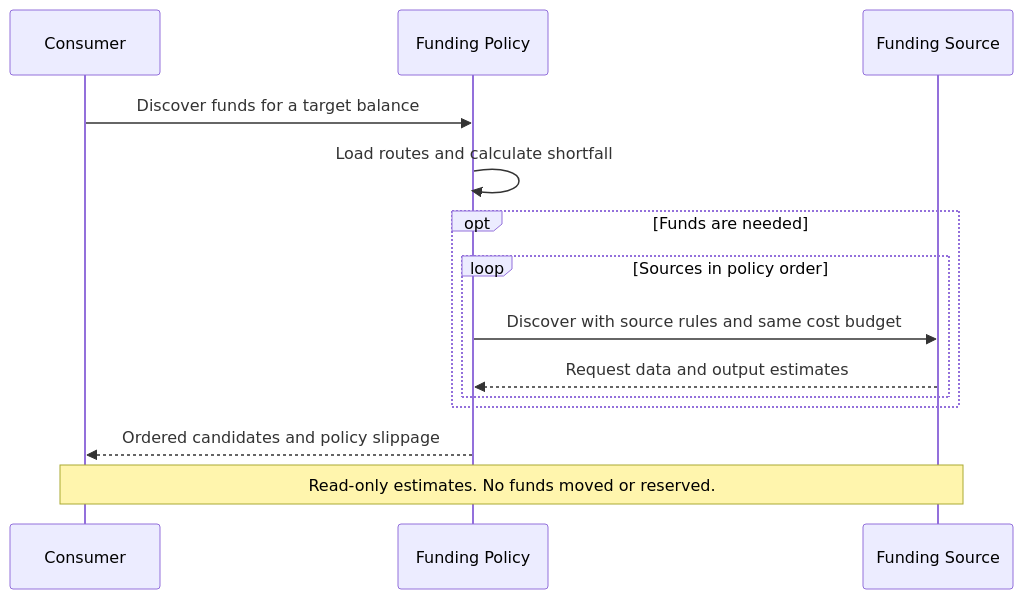
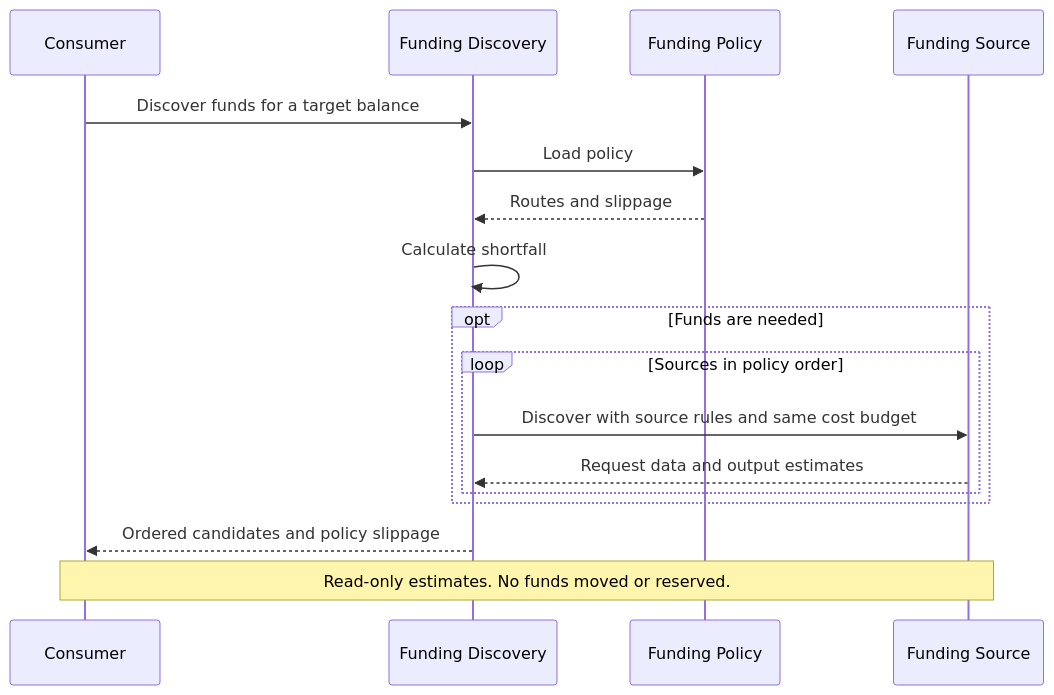
Before and after one commit to tempoxyz/tempo: the third of 3 diagrams in tips/tip-1120.md, drawn with Mermaid. The commit also changed other lines of this file and 23 other files, not shown here.

Commit message:
feat: add funding policy storage and discovery

````diff
--- a/tips/tip-1120.md
+++ b/tips/tip-1120.md
@@ -798,17 +783,20 @@
 ```mermaid
 sequenceDiagram
     participant C as Consumer
+    participant D as Funding Discovery
     participant P as Funding Policy
     participant F as Funding Source
 
-    C->>P: Discover funds for a target balance
-    P->>P: Load routes and calculate shortfall
+    C->>D: Discover funds for a target balance
+    D->>P: Load policy
+    P-->>D: Routes and slippage
+    D->>D: Calculate shortfall
     opt Funds are needed
         loop Sources in policy order
-            P->>F: Discover with source rules and same cost budget
-            F-->>P: Request data and output estimates
+            D->>F: Discover with source rules and same cost budget
+            F-->>D: Request data and output estimates
         end
     end
-    P-->>C: Ordered candidates and policy slippage
+    D-->>C: Ordered candidates and policy slippage
     Note over C,F: Read-only estimates. No funds moved or reserved.
 ```
````
